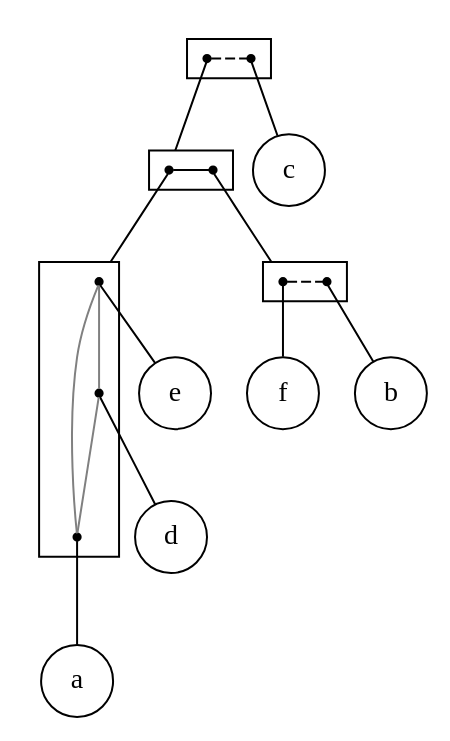
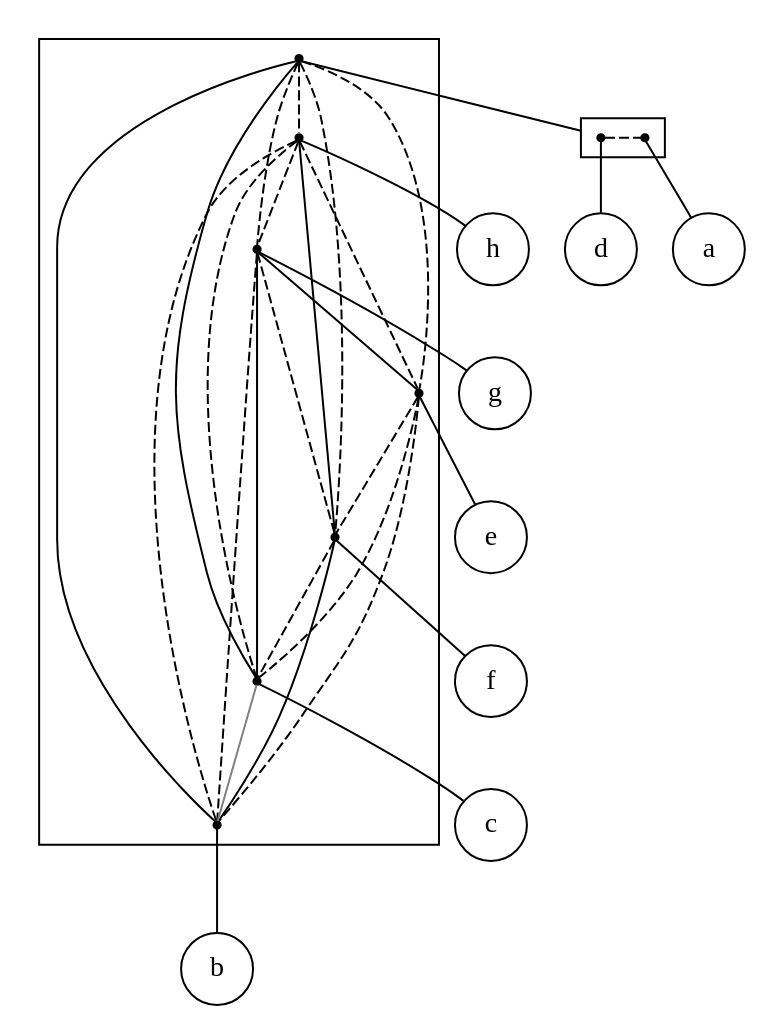
The diagram in src/extension/linear_2-structure.dot (lrodrin/TFG), drawn with Graphviz before and after one commit. The commit also changed 8 other files, not shown here.

```diff
--- a/src/extension/linear_2-structure.dot
+++ b/src/extension/linear_2-structure.dot
@@ -1,47 +1,55 @@
 strict digraph "linear_2-structure" {
 compound=true;
 fontname=Verdana;
 fontsize=12;
 newrank=true;
 node [shape=circle];
+h;
+g;
+e;
+f;
 c;
-e;
+b;
 d;
 a;
-f;
-b;
-subgraph cluster_bfedca {
+subgraph cluster_fhbecadg {
+node [shape=point];
+s_da -> s_h  [color=black, style=dashed, arrowhead=none];
+s_da -> s_g  [color=black, style=dashed, arrowhead=none];
+s_da -> s_e  [color=black, style=dashed, arrowhead=none];
+s_da -> s_f  [color=black, style=dashed, arrowhead=none];
+s_da -> s_c  [color=black, style=solid, arrowhead=none];
+s_da -> s_b  [color=black, style=solid, arrowhead=none];
+s_h -> s_g  [color=black, style=dashed, arrowhead=none];
+s_h -> s_e  [color=black, style=dashed, arrowhead=none];
+s_h -> s_f  [color=black, style=solid, arrowhead=none];
+s_h -> s_c  [color=black, style=dashed, arrowhead=none];
+s_h -> s_b  [color=black, style=dashed, arrowhead=none];
+s_g -> s_e  [color=black, style=solid, arrowhead=none];
+s_g -> s_f  [color=black, style=dashed, arrowhead=none];
+s_g -> s_c  [color=black, style=solid, arrowhead=none];
+s_g -> s_b  [color=black, style=dashed, arrowhead=none];
+s_e -> s_f  [color=black, style=dashed, arrowhead=none];
+s_e -> s_c  [color=black, style=dashed, arrowhead=none];
+s_e -> s_b  [color=black, style=dashed, arrowhead=none];
+s_f -> s_c  [color=black, style=dashed, arrowhead=none];
+s_f -> s_b  [color=black, style=solid, arrowhead=none];
+s_c -> s_b  [color=grey, style=solid, arrowhead=none];
+}
+
+subgraph cluster_da {
 rank=same;
 node [shape=point];
-s_fedba -> s_c  [color=black, style=dashed, arrowhead=none];
+s_d -> s_a  [color=black, style=dashed, arrowhead=none];
 }
 
-subgraph cluster_fedba {
-rank=same;
-node [shape=point];
-s_dae -> s_fb  [color=black, style=solid, arrowhead=none];
-}
-
-subgraph cluster_dae {
-node [shape=point];
-s_e -> s_d  [color=grey, style=solid, arrowhead=none];
-s_e -> s_a  [color=grey, style=solid, arrowhead=none];
-s_d -> s_a  [color=grey, style=solid, arrowhead=none];
-}
-
-subgraph cluster_fb {
-rank=same;
-node [shape=point];
-s_f -> s_b  [color=black, style=dashed, arrowhead=none];
-}
-
-s_fedba -> s_dae  [lhead=cluster_fedba, arrowhead=none];
+s_da -> s_d  [lhead=cluster_da, arrowhead=none];
+s_h -> h  [arrowhead=none];
+s_g -> g  [arrowhead=none];
+s_e -> e  [arrowhead=none];
+s_f -> f  [arrowhead=none];
 s_c -> c  [arrowhead=none];
-s_dae -> s_e  [lhead=cluster_dae, arrowhead=none];
-s_fb -> s_f  [lhead=cluster_fb, arrowhead=none];
-s_e -> e  [arrowhead=none];
+s_b -> b  [arrowhead=none];
 s_d -> d  [arrowhead=none];
 s_a -> a  [arrowhead=none];
-s_f -> f  [arrowhead=none];
-s_b -> b  [arrowhead=none];
 }
```
